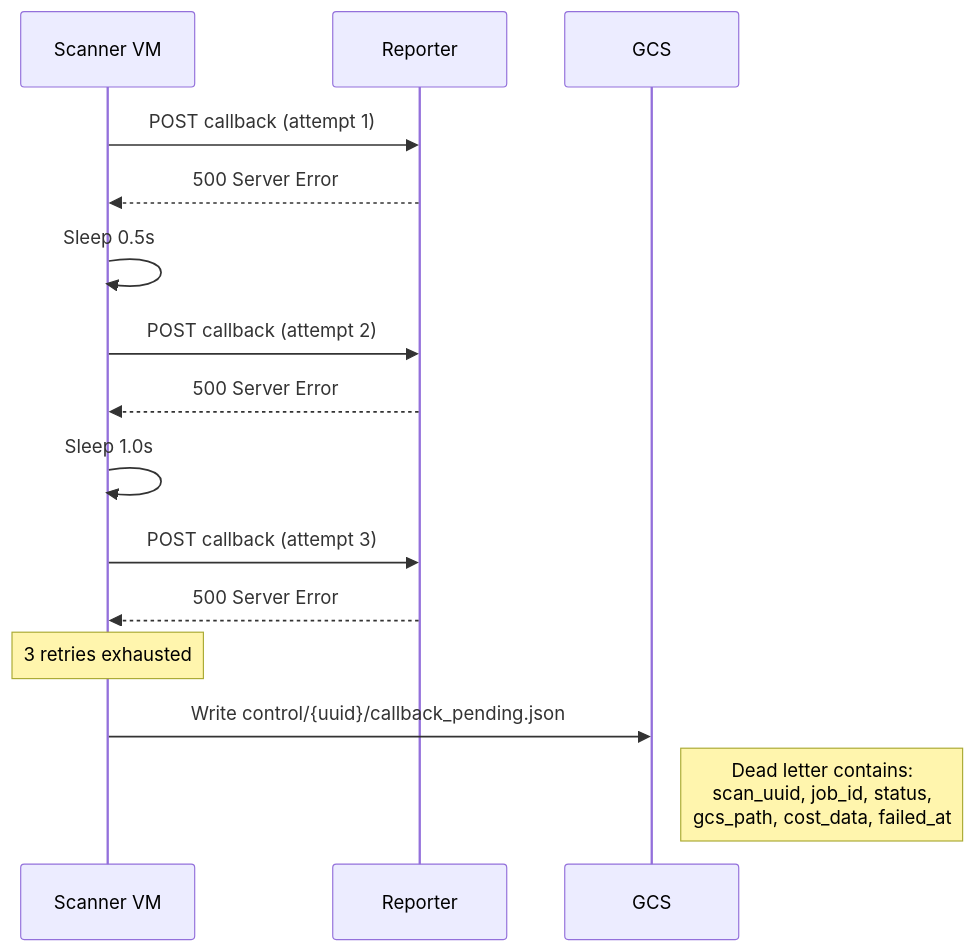
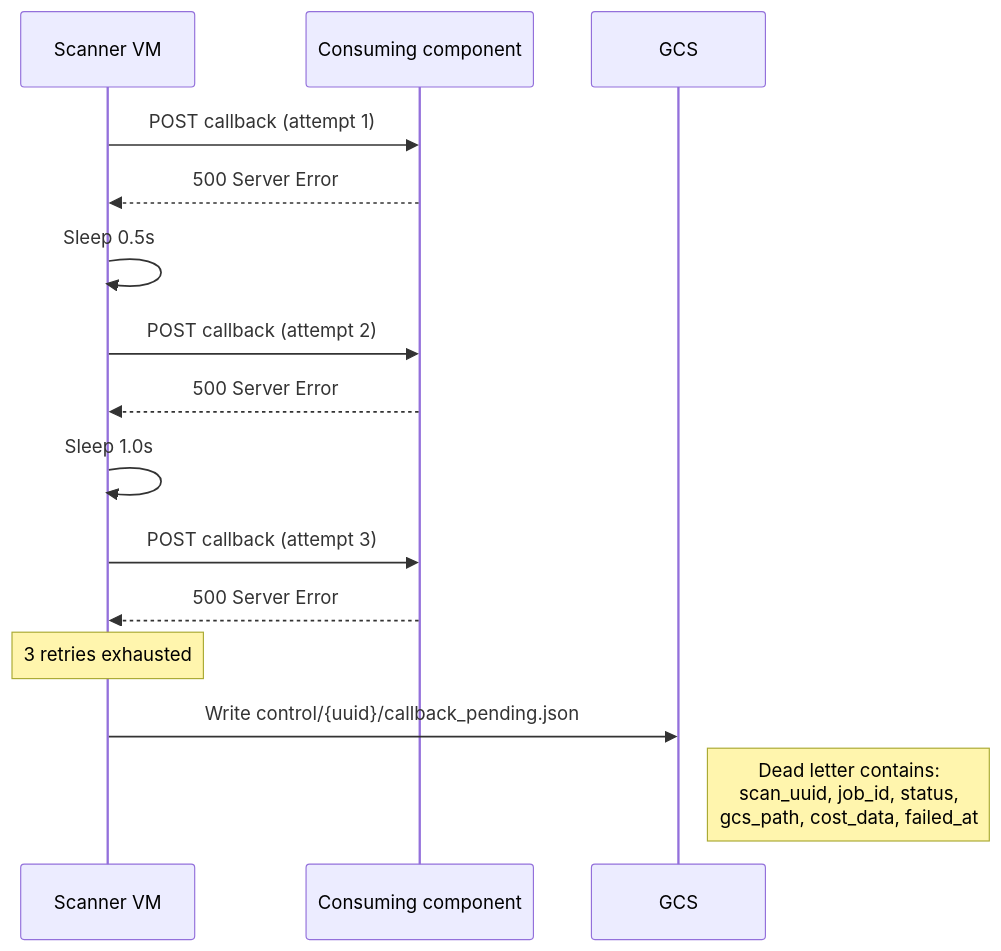
One commit to Peregrine-Technology-Systems/peregrine-penetrator-scanner changed diagram 21 of 23 in docs/ARCHITECTURE.md. Above: the diagram before and after it, drawn with Mermaid. The commit also changed other lines of this file, not shown here.

First line of the commit message:
docs: remove system-context topology from ARCHITECTURE.md per review [HELD]

````diff
--- a/docs/ARCHITECTURE.md
+++ b/docs/ARCHITECTURE.md
@@ -964,22 +932,22 @@
 ```mermaid
 sequenceDiagram
     participant VM as Scanner VM
-    participant R as Reporter
+    participant R as Consuming component
     participant G as GCS
 
     VM->>R: POST callback (attempt 1)
     R-->>VM: 500 Server Error
     VM->>VM: Sleep 0.5s
 
     VM->>R: POST callback (attempt 2)
     R-->>VM: 500 Server Error
     VM->>VM: Sleep 1.0s
 
     VM->>R: POST callback (attempt 3)
     R-->>VM: 500 Server Error
 
     Note over VM: 3 retries exhausted
 
     VM->>G: Write control/{uuid}/callback_pending.json
     Note right of G: Dead letter contains:<br/>scan_uuid, job_id, status,<br/>gcs_path, cost_data, failed_at
 ```
````
